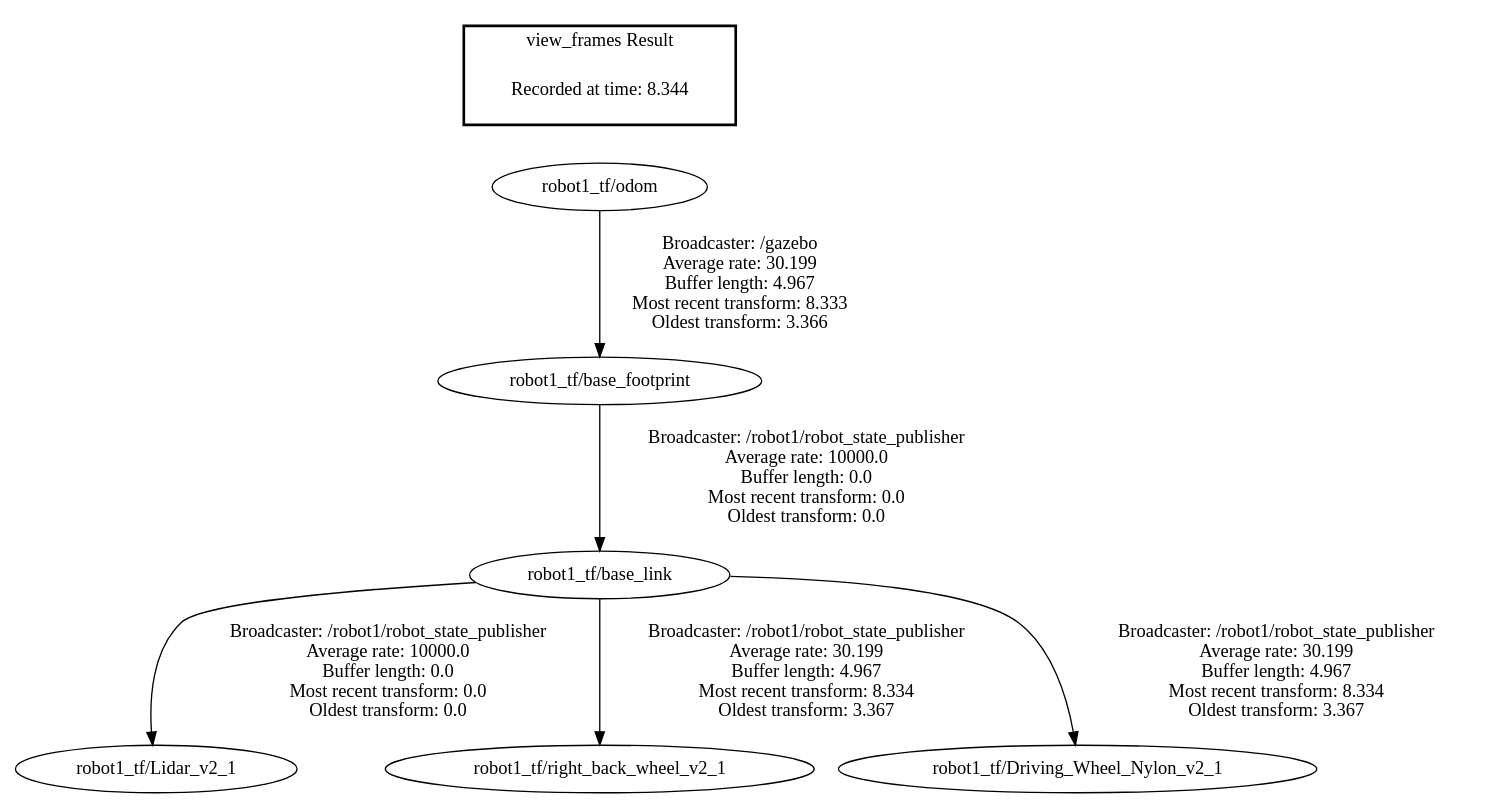
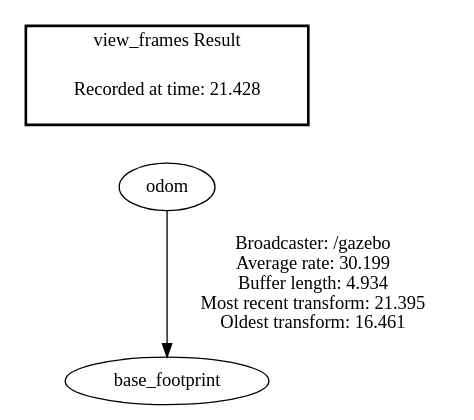
The diagram in non_ws/frames.gv (earthtennison/robocup-navigation), drawn with Graphviz before and after one commit. The commit also changed 7 other files, not shown here.

```diff
--- a/non_ws/frames.gv
+++ b/non_ws/frames.gv
@@ -1,11 +1,7 @@
 digraph G {
-"robot1_tf/base_link" -> "robot1_tf/Lidar_v2_1"[label=" Broadcaster: /robot1/robot_state_publisher\nAverage rate: 10000.0\nBuffer length: 0.0\nMost recent transform: 0.0\nOldest transform: 0.0\n"];
-"robot1_tf/base_footprint" -> "robot1_tf/base_link"[label=" Broadcaster: /robot1/robot_state_publisher\nAverage rate: 10000.0\nBuffer length: 0.0\nMost recent transform: 0.0\nOldest transform: 0.0\n"];
-"robot1_tf/base_link" -> "robot1_tf/right_back_wheel_v2_1"[label=" Broadcaster: /robot1/robot_state_publisher\nAverage rate: 30.199\nBuffer length: 4.967\nMost recent transform: 8.334\nOldest transform: 3.367\n"];
-"robot1_tf/odom" -> "robot1_tf/base_footprint"[label=" Broadcaster: /gazebo\nAverage rate: 30.199\nBuffer length: 4.967\nMost recent transform: 8.333\nOldest transform: 3.366\n"];
-"robot1_tf/base_link" -> "robot1_tf/Driving_Wheel_Nylon_v2_1"[label=" Broadcaster: /robot1/robot_state_publisher\nAverage rate: 30.199\nBuffer length: 4.967\nMost recent transform: 8.334\nOldest transform: 3.367\n"];
+"odom" -> "base_footprint"[label=" Broadcaster: /gazebo\nAverage rate: 30.199\nBuffer length: 4.934\nMost recent transform: 21.395\nOldest transform: 16.461\n"];
 edge [style=invis];
  subgraph cluster_legend { style=bold; color=black; label ="view_frames Result";
-"Recorded at time: 8.344"[ shape=plaintext ] ;
-}->"robot1_tf/odom";
+"Recorded at time: 21.428"[ shape=plaintext ] ;
+}->"odom";
 }
```
